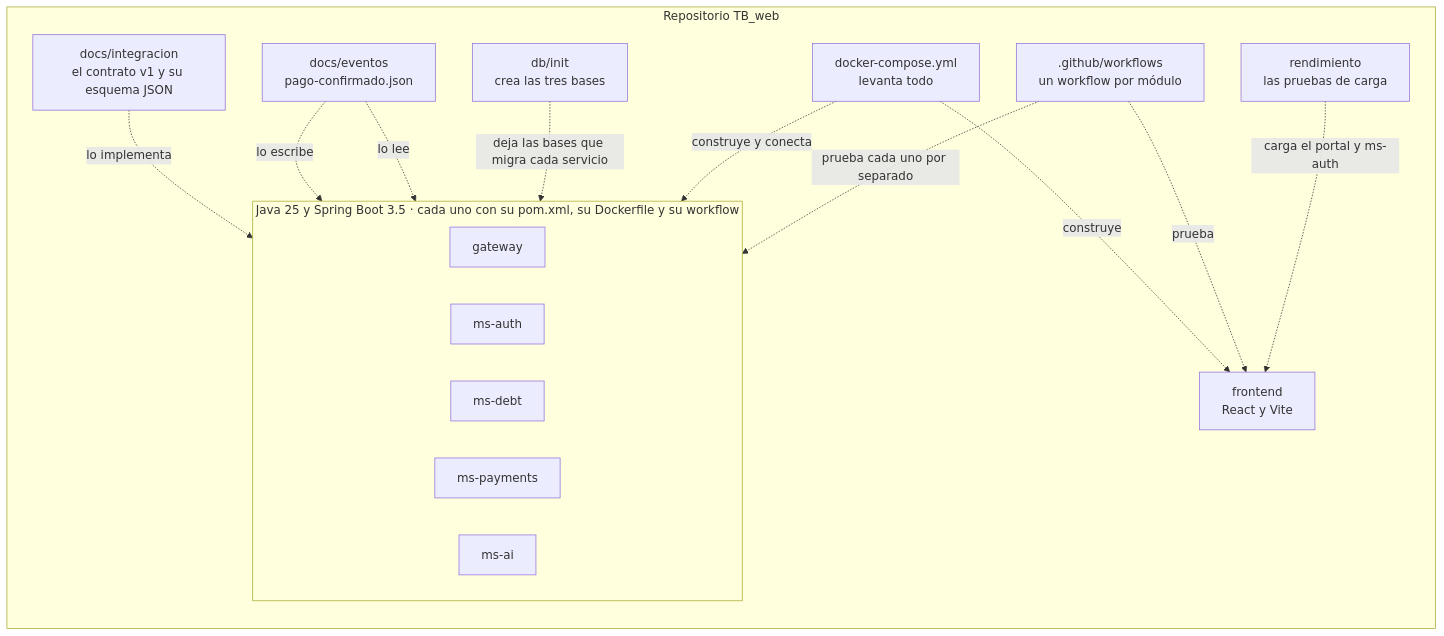
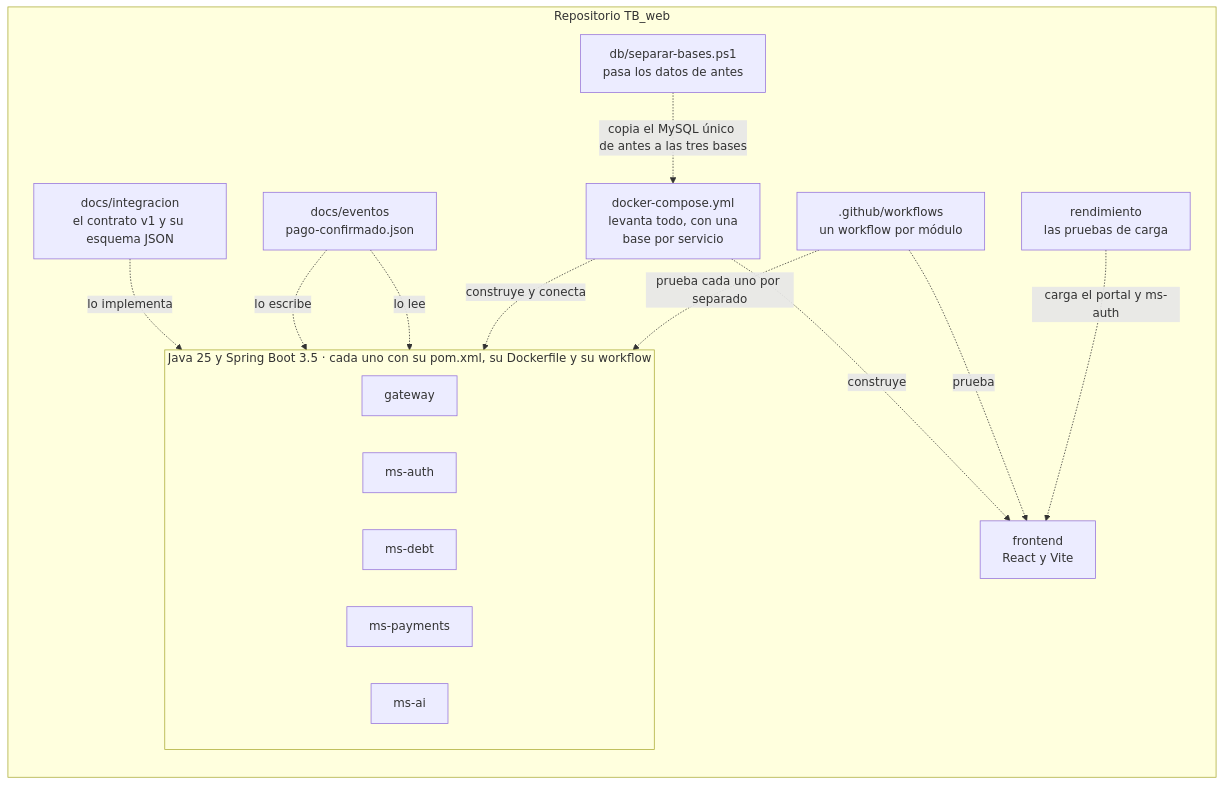
The eighth of 8 diagrams in docs/diagramas/componentes.md (TechnicalBridge/DataBridge), drawn with Mermaid before and after one commit. The commit also changed 16 other files, not shown here.

First line of the commit message:
refactor(db): Una base por servicio, cada una en su propio MySQL (#250)

````diff
--- a/docs/diagramas/componentes.md
+++ b/docs/diagramas/componentes.md
@@ -412,30 +412,30 @@
 ```mermaid
 flowchart TB
     subgraph REPO["Repositorio TB_web"]
         direction TB
         subgraph JAVA["Java 25 y Spring Boot 3.5 · cada uno con su pom.xml, su Dockerfile y su workflow"]
             direction LR
             GWY["gateway"]
             AUTH["ms-auth"]
             DEBT["ms-debt"]
             PAY["ms-payments"]
             AI["ms-ai"]
         end
         FE["frontend<br/>React y Vite"]
         CON["docs/integracion<br/>el contrato v1 y su esquema JSON"]
         EVT["docs/eventos<br/>pago-confirmado.json"]
-        DBI["db/init<br/>crea las tres bases"]
-        DC["docker-compose.yml<br/>levanta todo"]
+        DBI["db/separar-bases.ps1<br/>pasa los datos de antes"]
+        DC["docker-compose.yml<br/>levanta todo, con una<br/>base por servicio"]
         CI[".github/workflows<br/>un workflow por módulo"]
         K6["rendimiento<br/>las pruebas de carga"]
     end
     CON -. "lo implementa" .-> DEBT
     EVT -. "lo escribe" .-> PAY
     EVT -. "lo lee" .-> DEBT
-    DBI -. "deja las bases que migra cada servicio" .-> JAVA
+    DBI -. "copia el MySQL único de antes a las tres bases" .-> DC
     DC -. "construye y conecta" .-> JAVA
     DC -. "construye" .-> FE
     CI -. "prueba cada uno por separado" .-> JAVA
     CI -. "prueba" .-> FE
     K6 -. "carga el portal y ms-auth" .-> FE
 ```
````
